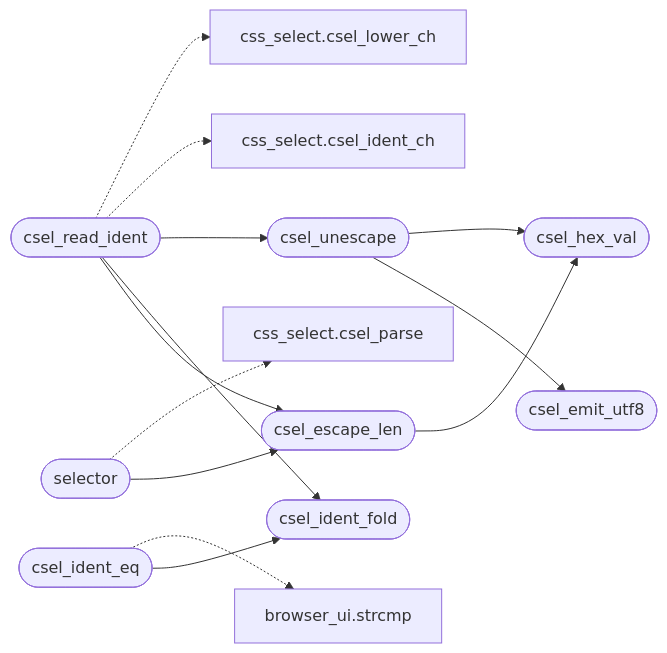
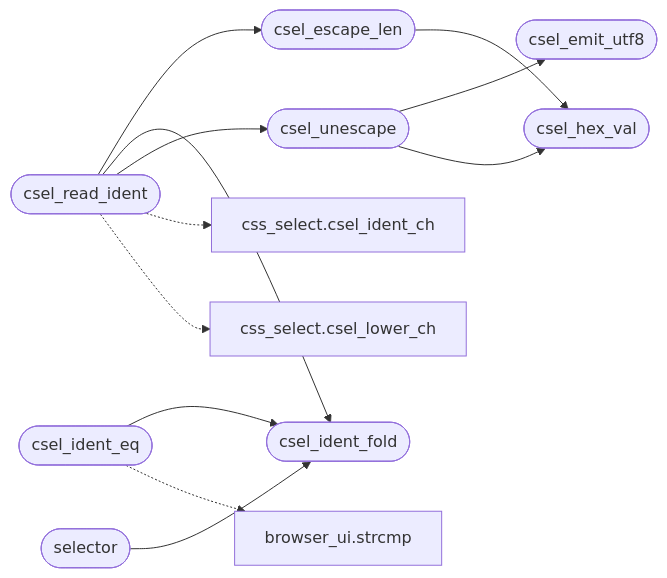
Before and after one commit to grisuno/FreeDom: the diagram in readmenator-apidocs/modules/src.css_select.c.md, drawn with Mermaid. The commit also changed other lines of this file and 194 other files, not shown here.

````diff
--- a/readmenator-apidocs/modules/src.css_select.c.md
+++ b/readmenator-apidocs/modules/src.css_select.c.md
@@ -14,27 +14,25 @@
 ```mermaid
 flowchart LR
     n_src_css_select_c__csel_unescape(["csel_unescape"])
     n_src_css_select_c__csel_emit_utf8(["csel_emit_utf8"])
     n_src_css_select_c__csel_hex_val(["csel_hex_val"])
     n_src_css_select_c__csel_escape_len(["csel_escape_len"])
     n_src_css_select_c__csel_ident_eq(["csel_ident_eq"])
     n_src_css_select_c__csel_ident_fold(["csel_ident_fold"])
     n_src_css_select_c__csel_read_ident(["csel_read_ident"])
     n_src_css_select_c__selector(["selector"])
     n_gui_browser_ui_c__strcmp["browser_ui.strcmp"]
     n_include_css_select_h__csel_ident_ch["css_select.csel_ident_ch"]
     n_include_css_select_h__csel_lower_ch["css_select.csel_lower_ch"]
-    n_include_css_select_h__csel_parse["css_select.csel_parse"]
     n_src_css_select_c__csel_unescape --> n_src_css_select_c__csel_emit_utf8
     n_src_css_select_c__csel_unescape --> n_src_css_select_c__csel_hex_val
     n_src_css_select_c__csel_escape_len --> n_src_css_select_c__csel_hex_val
     n_src_css_select_c__csel_ident_eq --> n_src_css_select_c__csel_ident_fold
     n_src_css_select_c__csel_read_ident --> n_src_css_select_c__csel_escape_len
     n_src_css_select_c__csel_read_ident --> n_src_css_select_c__csel_ident_fold
     n_src_css_select_c__csel_read_ident --> n_src_css_select_c__csel_unescape
-    n_src_css_select_c__selector --> n_src_css_select_c__csel_escape_len
+    n_src_css_select_c__selector --> n_src_css_select_c__csel_ident_fold
     n_src_css_select_c__csel_ident_eq -.-> n_gui_browser_ui_c__strcmp
     n_src_css_select_c__csel_read_ident -.-> n_include_css_select_h__csel_ident_ch
     n_src_css_select_c__csel_read_ident -.-> n_include_css_select_h__csel_lower_ch
-    n_src_css_select_c__selector -.-> n_include_css_select_h__csel_parse
 ```
````
